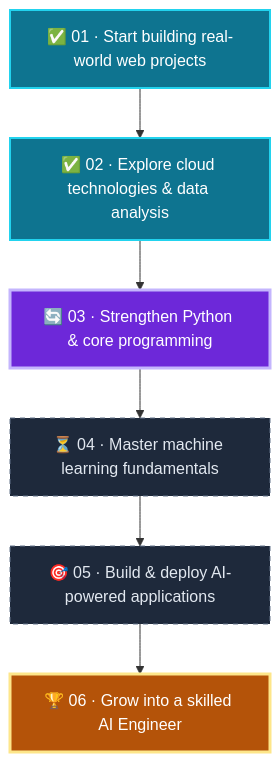
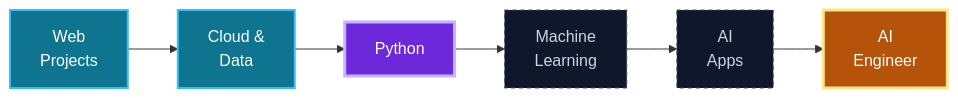
Before and after one commit to Muneeb-Fayaz/Muneeb-Fayaz: the diagram in readme.md, drawn with Mermaid. The commit also changed other lines of this file, not shown here.

````diff
--- a/readme.md
+++ b/readme.md
@@ -155,17 +61,13 @@
 ```mermaid
-flowchart TD
-    A["✅ 01 · Start building real-world web projects"] --> B["✅ 02 · Explore cloud technologies & data analysis"]
-    B --> C["🔄 03 · Strengthen Python & core programming"]
-    C --> D["⏳ 04 · Master machine learning fundamentals"]
-    D --> E["🎯 05 · Build & deploy AI-powered applications"]
-    E --> F["🏆 06 · Grow into a skilled AI Engineer"]
+flowchart LR
+    A["Web<br/>Projects"] --> B["Cloud &<br/>Data"] --> C["Python"] --> D["Machine<br/>Learning"] --> E["AI<br/>Apps"] --> F["AI<br/>Engineer"]
 
-    classDef done fill:#0e7490,stroke:#22d3ee,color:#fff,stroke-width:2px
-    classDef now fill:#6d28d9,stroke:#c4b5fd,color:#fff,stroke-width:3px
-    classDef next fill:#1e293b,stroke:#64748b,color:#e2e8f0,stroke-dasharray:5 5
-    classDef goal fill:#b45309,stroke:#fde68a,color:#fff,stroke-width:3px
+    classDef done fill:#0E7490,stroke:#38BDF8,color:#fff,stroke-width:2px
+    classDef now fill:#6D28D9,stroke:#C4B5FD,color:#fff,stroke-width:3px
+    classDef next fill:#0F172A,stroke:#475569,color:#CBD5E1,stroke-dasharray:4 4
+    classDef goal fill:#B45309,stroke:#FDE68A,color:#fff,stroke-width:3px
     class A,B done
     class C now
     class D,E next
     class F goal
 ```
````
